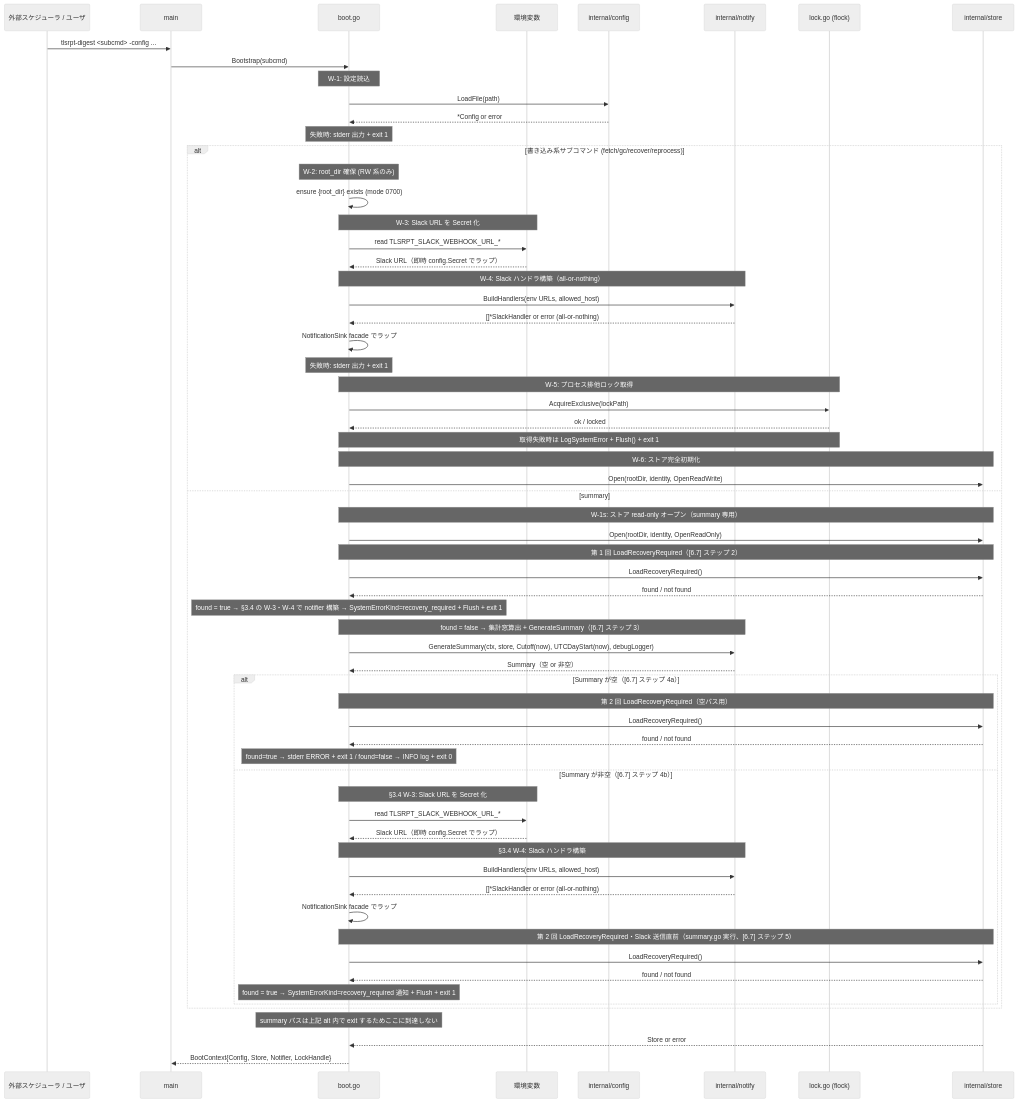
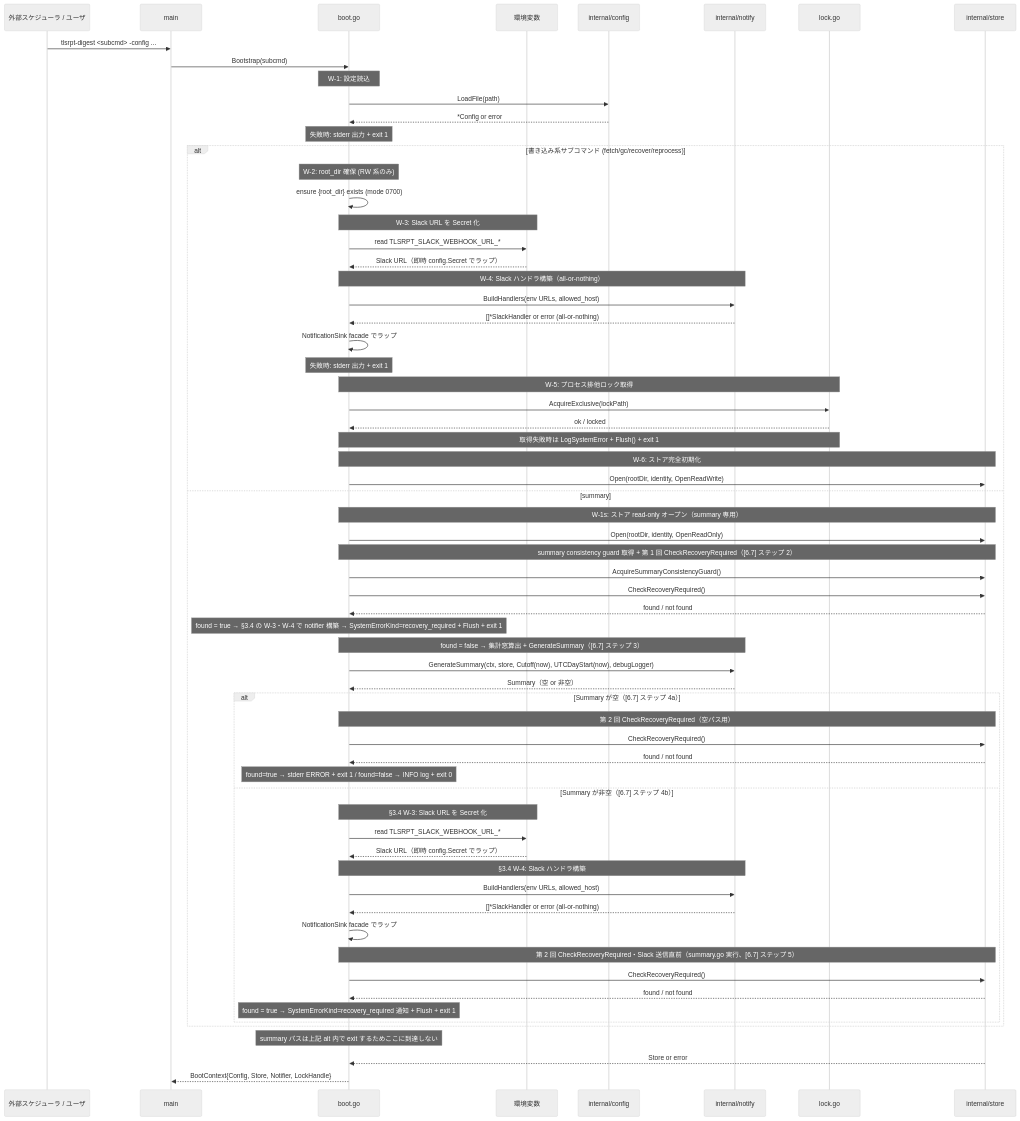
One commit to isseis/tlsrpt-digest changed the fifth of 12 diagrams in docs/tasks/0070_entrypoint/02_architecture.md. Above: the diagram before and after it, drawn with Mermaid (neutral theme). The commit also changed other lines of this file, not shown here.

First line of the commit message:
docs(task 0070): introduce SummaryConsistencyGuard and refine recovery API contracts

````diff
--- a/docs/tasks/0070_entrypoint/02_architecture.md
+++ b/docs/tasks/0070_entrypoint/02_architecture.md
@@ -167,67 +169,68 @@
 ```mermaid
 sequenceDiagram
     participant U as 外部スケジューラ / ユーザ
     participant M as main
     participant B as boot.go
     participant ENV as 環境変数
     participant CFG as internal/config
     participant N as internal/notify
-    participant L as lock.go (flock)
+    participant L as lock.go
     participant S as internal/store
 
     U->>M: tlsrpt-digest <subcmd> -config ...
     M->>B: Bootstrap(subcmd)
     Note over B: W-1: 設定読込
     B->>CFG: LoadFile(path)
     CFG-->>B: *Config or error
     Note over B: 失敗時: stderr 出力 + exit 1
     alt 書き込み系サブコマンド (fetch/gc/recover/reprocess)
         Note over B: W-2: root_dir 確保 (RW 系のみ)
         B->>B: ensure {root_dir} exists (mode 0700)
         Note over B,ENV: W-3: Slack URL を Secret 化
         B->>ENV: read TLSRPT_SLACK_WEBHOOK_URL_*
         ENV-->>B: Slack URL（即時 config.Secret でラップ）
         Note over B,N: W-4: Slack ハンドラ構築（all-or-nothing）
         B->>N: BuildHandlers(env URLs, allowed_host)
         N-->>B: []*SlackHandler or error (all-or-nothing)
         B->>B: NotificationSink facade でラップ
         Note over B: 失敗時: stderr 出力 + exit 1
         Note over B,L: W-5: プロセス排他ロック取得
         B->>L: AcquireExclusive(lockPath)
         L-->>B: ok / locked
         Note over B,L: 取得失敗時は LogSystemError + Flush() + exit 1
         Note over B,S: W-6: ストア完全初期化
         B->>S: Open(rootDir, identity, OpenReadWrite)
     else summary
         Note over B,S: W-1s: ストア read-only オープン（summary 専用）
         B->>S: Open(rootDir, identity, OpenReadOnly)
-        Note over B,S: 第 1 回 LoadRecoveryRequired（[6.7] ステップ 2）
-        B->>S: LoadRecoveryRequired()
+        Note over B,S: summary consistency guard 取得 + 第 1 回 CheckRecoveryRequired（[6.7] ステップ 2）
+        B->>S: AcquireSummaryConsistencyGuard()
+        B->>S: CheckRecoveryRequired()
         S-->>B: found / not found
         Note over B: found = true → §3.4 の W-3・W-4 で notifier 構築 → SystemErrorKind=recovery_required + Flush + exit 1
         Note over B,N: found = false → 集計窓算出 + GenerateSummary（[6.7] ステップ 3）
         B->>N: GenerateSummary(ctx, store, Cutoff(now), UTCDayStart(now), debugLogger)
         N-->>B: Summary（空 or 非空）
         alt Summary が空（[6.7] ステップ 4a）
-            Note over B,S: 第 2 回 LoadRecoveryRequired（空パス用）
-            B->>S: LoadRecoveryRequired()
+            Note over B,S: 第 2 回 CheckRecoveryRequired（空パス用）
+            B->>S: CheckRecoveryRequired()
             S-->>B: found / not found
             Note over B: found=true → stderr ERROR + exit 1  /  found=false → INFO log + exit 0
         else Summary が非空（[6.7] ステップ 4b）
             Note over B,ENV: §3.4 W-3: Slack URL を Secret 化
             B->>ENV: read TLSRPT_SLACK_WEBHOOK_URL_*
             ENV-->>B: Slack URL（即時 config.Secret でラップ）
             Note over B,N: §3.4 W-4: Slack ハンドラ構築
             B->>N: BuildHandlers(env URLs, allowed_host)
             N-->>B: []*SlackHandler or error (all-or-nothing)
             B->>B: NotificationSink facade でラップ
-            Note over B,S: 第 2 回 LoadRecoveryRequired・Slack 送信直前（summary.go 実行、[6.7] ステップ 5）
-            B->>S: LoadRecoveryRequired()
+            Note over B,S: 第 2 回 CheckRecoveryRequired・Slack 送信直前（summary.go 実行、[6.7] ステップ 5）
+            B->>S: CheckRecoveryRequired()
             S-->>B: found / not found
             Note over B: found = true → SystemErrorKind=recovery_required 通知 + Flush + exit 1
         end
     end
     Note over B: summary パスは上記 alt 内で exit するためここに到達しない
     S-->>B: Store or error
     B-->>M: BootContext{Config, Store, Notifier, LockHandle}
 ```
````
